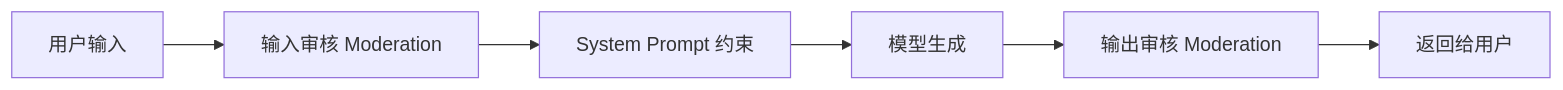
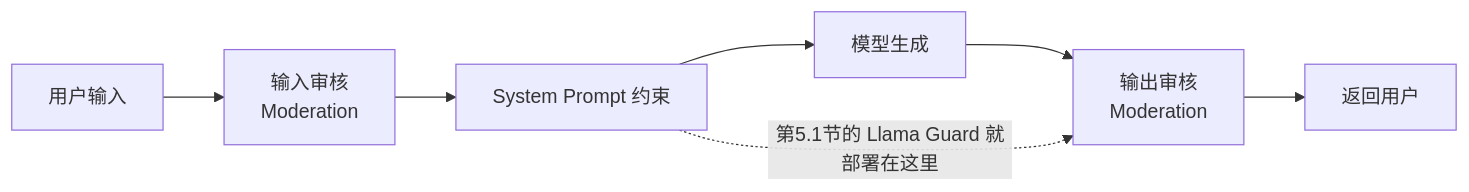
The first of 2 diagrams in 2. Alignment 与训练工程/5. Safety Alignment——如何让大模型既强大，又安全.md (AI-learning-simple/Build-Your-Own-LLM), drawn with Mermaid before and after one commit. The commit also changed other lines of this file and 41 other files, not shown here.

````diff
--- a/2. Alignment 与训练工程/5. Safety Alignment——如何让大模型既强大，又安全.md
+++ b/2. Alignment 与训练工程/5. Safety Alignment——如何让大模型既强大，又安全.md
@@ -39,8 +62,6 @@
 ```mermaid
 flowchart LR
-    A[用户输入] --> B[输入审核 Moderation]
-    B --> C[System Prompt 约束]
-    C --> D[模型生成]
-    D --> E[输出审核 Moderation]
-    E --> F[返回给用户]
+    A[用户输入] --> B[输入审核<br/>Moderation] --> C[System Prompt 约束] --> D[模型生成]
+    D --> E[输出审核<br/>Moderation] --> F[返回用户]
+    C -.->|"第5.1节的 Llama Guard 就部署在这里"| E
 ```
````
